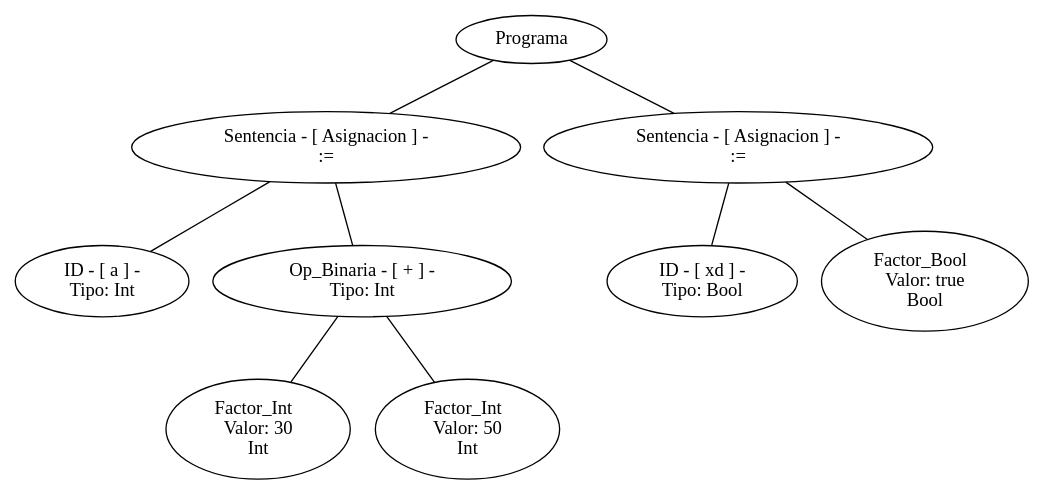
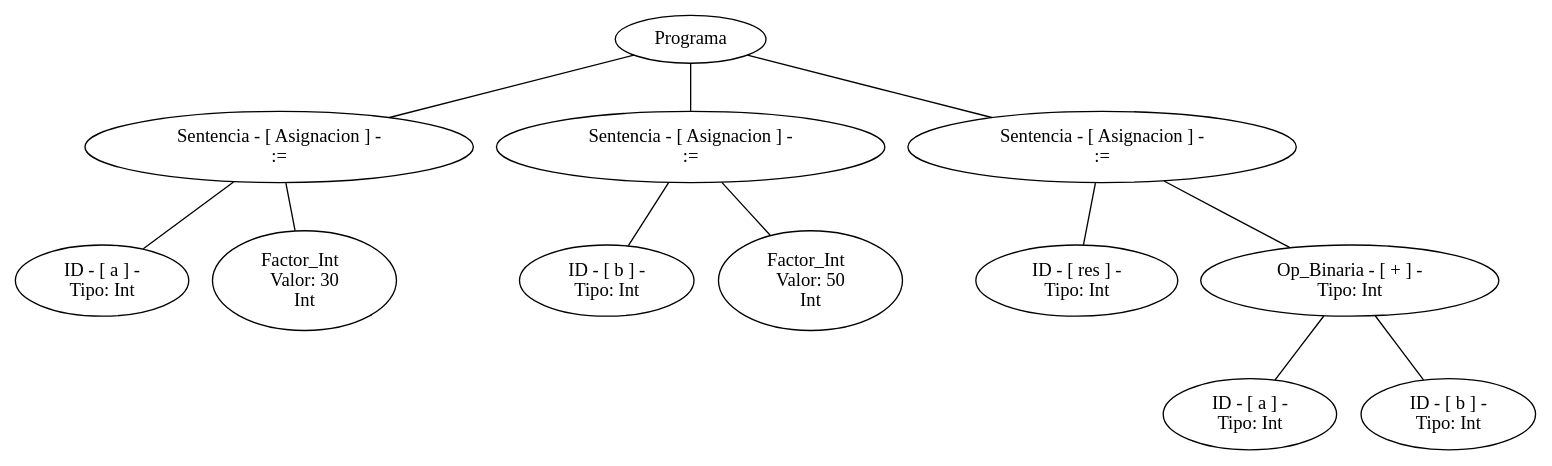
The diagram in arbol.dot (SantiPerez17/Compiladores), drawn with Graphviz before and after one commit. The commit also changed 12 other files, not shown here.

```diff
--- a/arbol.dot
+++ b/arbol.dot
@@ -1,29 +1,37 @@
 graph G {nodo_programa[label="Programa"]
-nodo_1404887034[label="Sentencia - [ Asignacion ] -
+nodo_26421145[label="Sentencia - [ Asignacion ] -
  :="]
-nodo_programa--nodo_1404887034
-nodo_848463399[label=" ID - [ a ] - 
+nodo_programa--nodo_26421145
+nodo_1951032265[label=" ID - [ a ] - 
  Tipo: Int"]
-nodo_1404887034--nodo_848463399
-nodo_821037884[label=" Op_Binaria - [ + ] - 
- Tipo: Int"]
-nodo_1404887034--nodo_821037884
-nodo_1953158874[label="Factor_Int  
+nodo_26421145--nodo_1951032265
+nodo_2110852013[label="Factor_Int  
  Valor: 30 
 Int"]
-nodo_821037884--nodo_1953158874
-nodo_26421145[label="Factor_Int  
+nodo_26421145--nodo_2110852013
+nodo_311350193[label="Sentencia - [ Asignacion ] -
+ :="]
+nodo_programa--nodo_311350193
+nodo_1583841106[label=" ID - [ b ] - 
+ Tipo: Int"]
+nodo_311350193--nodo_1583841106
+nodo_367483838[label="Factor_Int  
  Valor: 50 
 Int"]
-nodo_821037884--nodo_26421145
-nodo_535459917[label="Sentencia - [ Asignacion ] -
+nodo_311350193--nodo_367483838
+nodo_1342870732[label="Sentencia - [ Asignacion ] -
  :="]
-nodo_programa--nodo_535459917
-nodo_861878647[label=" ID - [ xd ] - 
- Tipo: Bool"]
-nodo_535459917--nodo_861878647
-nodo_1342870732[label="Factor_Bool  
- Valor: true 
-Bool"]
-nodo_535459917--nodo_1342870732
+nodo_programa--nodo_1342870732
+nodo_848463399[label=" ID - [ res ] - 
+ Tipo: Int"]
+nodo_1342870732--nodo_848463399
+nodo_1099142436[label=" Op_Binaria - [ + ] - 
+ Tipo: Int"]
+nodo_1342870732--nodo_1099142436
+nodo_675765588[label=" ID - [ a ] - 
+ Tipo: Int"]
+nodo_1099142436--nodo_675765588
+nodo_122870089[label=" ID - [ b ] - 
+ Tipo: Int"]
+nodo_1099142436--nodo_122870089
 }
```
